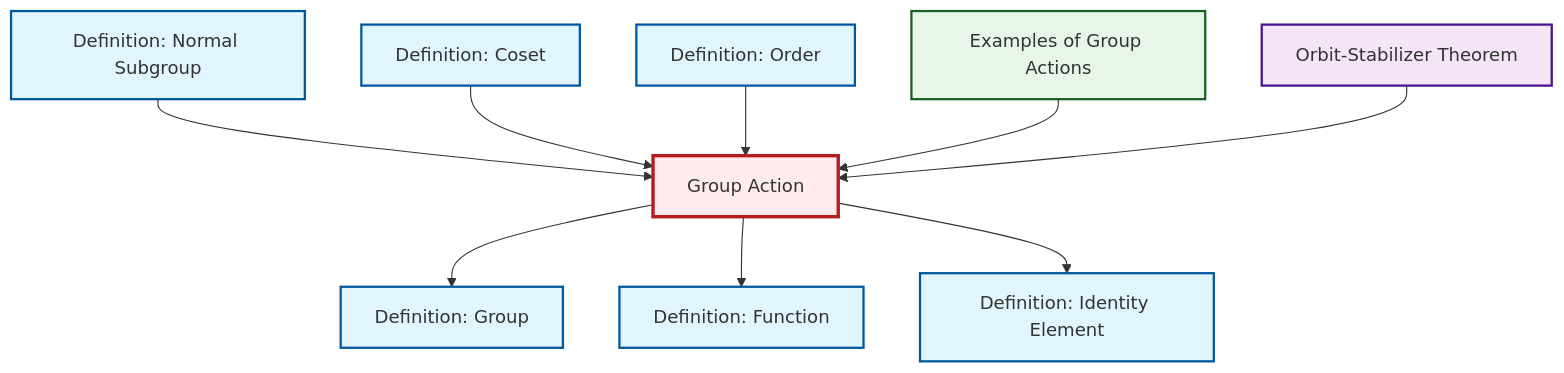
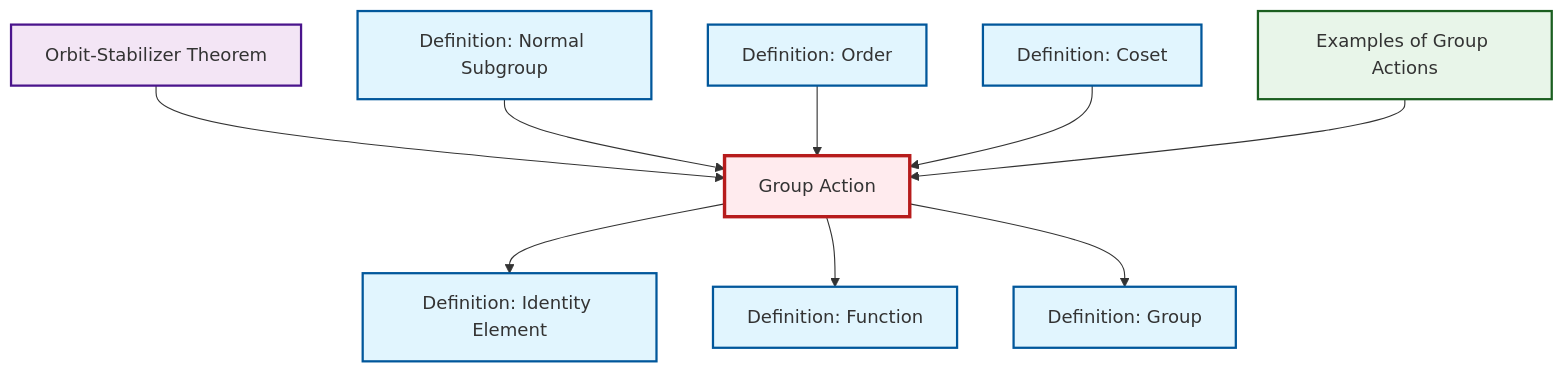
One commit to RK0429/ModernMath changed the diagram in content/en/algebra/def-group-action.qmd. Above: the diagram before and after it, drawn with Mermaid. The commit also changed other lines of this file and 597 other files, not shown here.

````diff
--- a/content/en/algebra/def-group-action.qmd
+++ b/content/en/algebra/def-group-action.qmd
@@ -61,35 +61,35 @@
 ```{mermaid}
 %%| fig-cap: "Local dependency graph"
 graph TD
     classDef definition fill:#e1f5fe,stroke:#01579b,stroke-width:2px
     classDef theorem fill:#f3e5f5,stroke:#4a148c,stroke-width:2px
     classDef axiom fill:#fff3e0,stroke:#e65100,stroke-width:2px
     classDef example fill:#e8f5e9,stroke:#1b5e20,stroke-width:2px
     classDef current fill:#ffebee,stroke:#b71c1c,stroke-width:3px
-    def-function["Definition: Function"]:::definition
+    def-identity-element["Definition: Identity Element"]:::definition
     def-order["Definition: Order"]:::definition
-    thm-orbit-stabilizer["Orbit-Stabilizer Theorem"]:::theorem
     def-group-action["Group Action"]:::definition
     ex-group-action-examples["Examples of Group Actions"]:::example
+    def-function["Definition: Function"]:::definition
     def-coset["Definition: Coset"]:::definition
-    def-identity-element["Definition: Identity Element"]:::definition
+    thm-orbit-stabilizer["Orbit-Stabilizer Theorem"]:::theorem
+    def-normal-subgroup["Definition: Normal Subgroup"]:::definition
     def-group["Definition: Group"]:::definition
-    def-normal-subgroup["Definition: Normal Subgroup"]:::definition
-    def-group-action --> def-group
+    def-group-action --> def-identity-element
+    thm-orbit-stabilizer --> def-group-action
     def-normal-subgroup --> def-group-action
     def-group-action --> def-function
+    def-group-action --> def-group
+    def-order --> def-group-action
     def-coset --> def-group-action
-    def-order --> def-group-action
-    def-group-action --> def-identity-element
     ex-group-action-examples --> def-group-action
-    thm-orbit-stabilizer --> def-group-action
     class def-group-action current
+    click def-identity-element "def-identity-element.html" "Go to Identity Element definition"
+    click def-order "def-order.html" "Go to Order definition"
+    click ex-group-action-examples "ex-group-action-examples.html" "Go to Examples of Group Actions"
     click def-function "def-function.html" "Go to Function definition"
-    click def-order "def-order.html" "Go to Order definition"
+    click def-coset "def-coset.html" "Go to Coset definition"
     click thm-orbit-stabilizer "thm-orbit-stabilizer.html" "Go to Orbit-Stabilizer Theorem"
-    click ex-group-action-examples "ex-group-action-examples.html" "Go to Examples of Group Actions"
-    click def-coset "def-coset.html" "Go to Coset definition"
-    click def-identity-element "def-identity-element.html" "Go to Identity Element definition"
+    click def-normal-subgroup "def-normal-subgroup.html" "Go to Normal Subgroup definition"
     click def-group "def-group.html" "Go to Group definition"
-    click def-normal-subgroup "def-normal-subgroup.html" "Go to Normal Subgroup definition"
 ```
````
